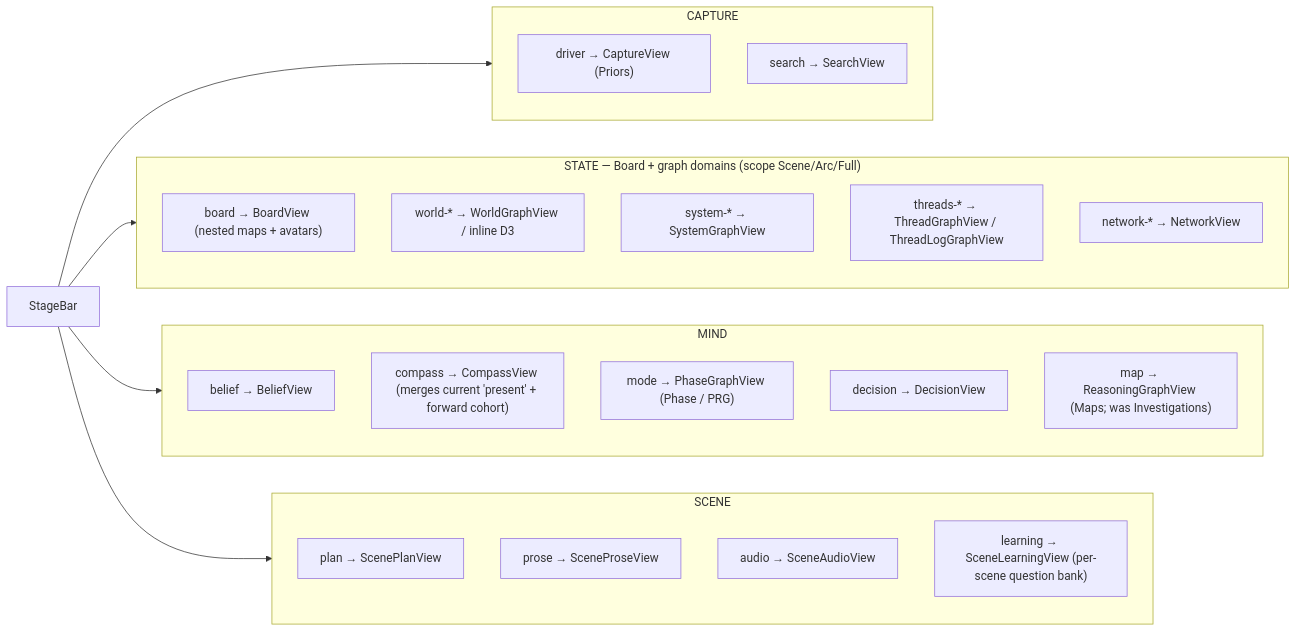
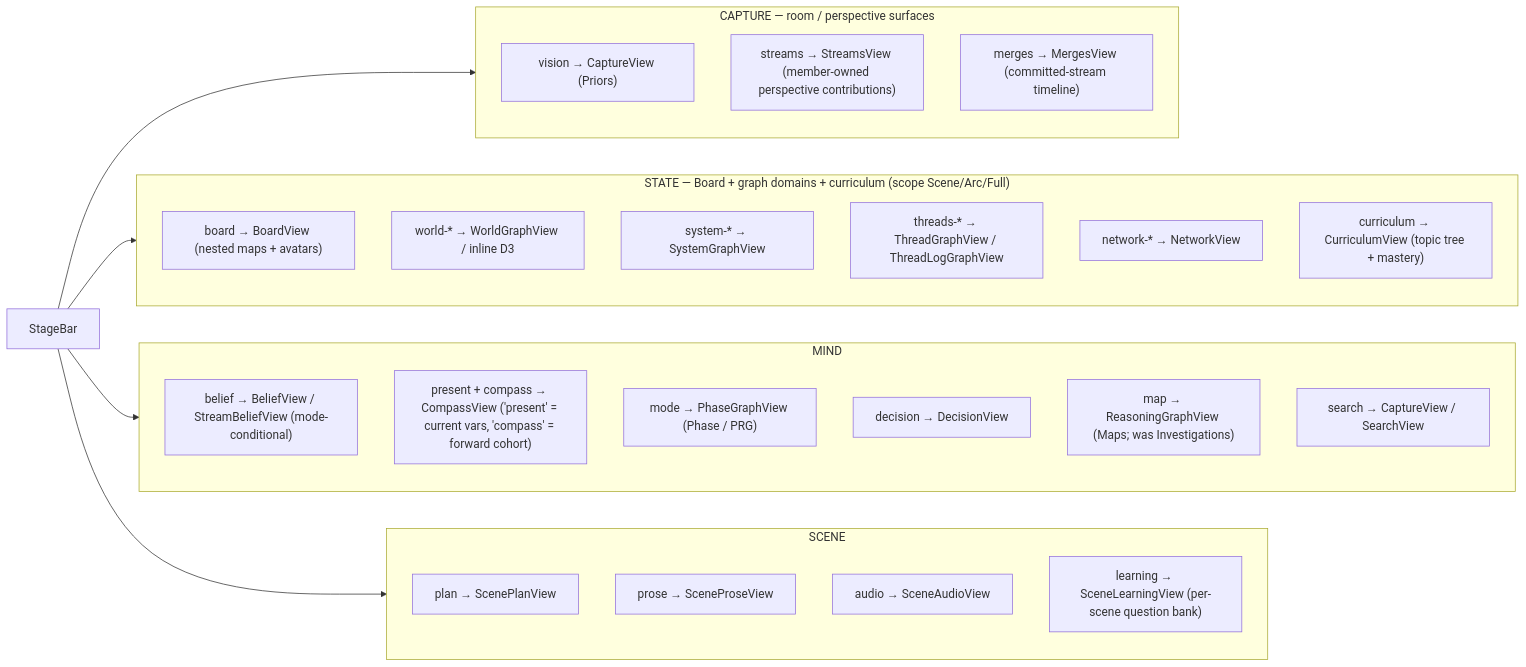
The third of 7 diagrams in MERMAID.md (jasonyu0100/meridians), drawn with Mermaid before and after one commit. The commit also changed other lines of this file and 90 other files, not shown here.

Commit message:
implementing roadmap

````diff
--- a/MERMAID.md
+++ b/MERMAID.md
@@ -63,30 +63,33 @@
 ```mermaid
 flowchart LR
     CTB["StageBar"]
     CTB --> Capture & State & Mind & Scene
 
-    subgraph Capture["CAPTURE"]
-        d1["driver → CaptureView (Priors)"]
-        d2["search → SearchView"]
+    subgraph Capture["CAPTURE — room / perspective surfaces"]
+        d1["vision → CaptureView (Priors)"]
+        d2["streams → StreamsView (member-owned perspective contributions)"]
+        d3["merges → MergesView (committed-stream timeline)"]
     end
-    subgraph State["STATE — Board + graph domains (scope Scene/Arc/Full)"]
+    subgraph State["STATE — Board + graph domains + curriculum (scope Scene/Arc/Full)"]
         b1["board → BoardView (nested maps + avatars)"]
         g1["world-* → WorldGraphView / inline D3"]
         g2["system-* → SystemGraphView"]
         g3["threads-* → ThreadGraphView / ThreadLogGraphView"]
         g4["network-* → NetworkView"]
+        g5["curriculum → CurriculumView (topic tree + mastery)"]
     end
     subgraph Mind["MIND"]
-        c1["belief → BeliefView"]
-        c2["compass → CompassView (merges current 'present' + forward cohort)"]
+        c1["belief → BeliefView / StreamBeliefView (mode-conditional)"]
+        c2["present + compass → CompassView ('present' = current vars, 'compass' = forward cohort)"]
         c3["mode → PhaseGraphView (Phase / PRG)"]
         c4["decision → DecisionView"]
         c5["map → ReasoningGraphView (Maps; was Investigations)"]
+        c6["search → CaptureView / SearchView"]
     end
     subgraph Scene["SCENE"]
         s1["plan → ScenePlanView"]
         s2["prose → SceneProseView"]
         s3["audio → SceneAudioView"]
         s4["learning → SceneLearningView (per-scene question bank)"]
     end
 ```
````
